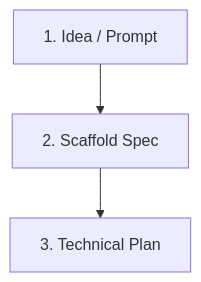
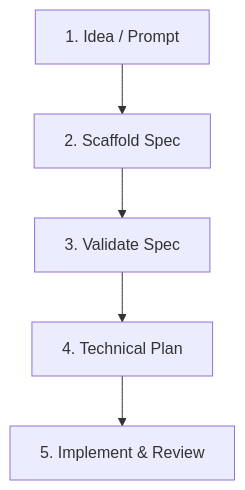
The diagram in docs/workflow.md (notEhEnG/coding-spec), drawn with Mermaid before and after one commit. The commit also changed other lines of this file and 4 other files, not shown here.

````diff
--- a/docs/workflow.md
+++ b/docs/workflow.md
@@ -5,5 +5,7 @@
 ```mermaid
 graph TD
     A[1. Idea / Prompt] --> B[2. Scaffold Spec]
-    B --> C[3. Technical Plan]
+    B --> C[3. Validate Spec]
+    C --> D[4. Technical Plan]
+    D --> E[5. Implement & Review]
 ```
````
